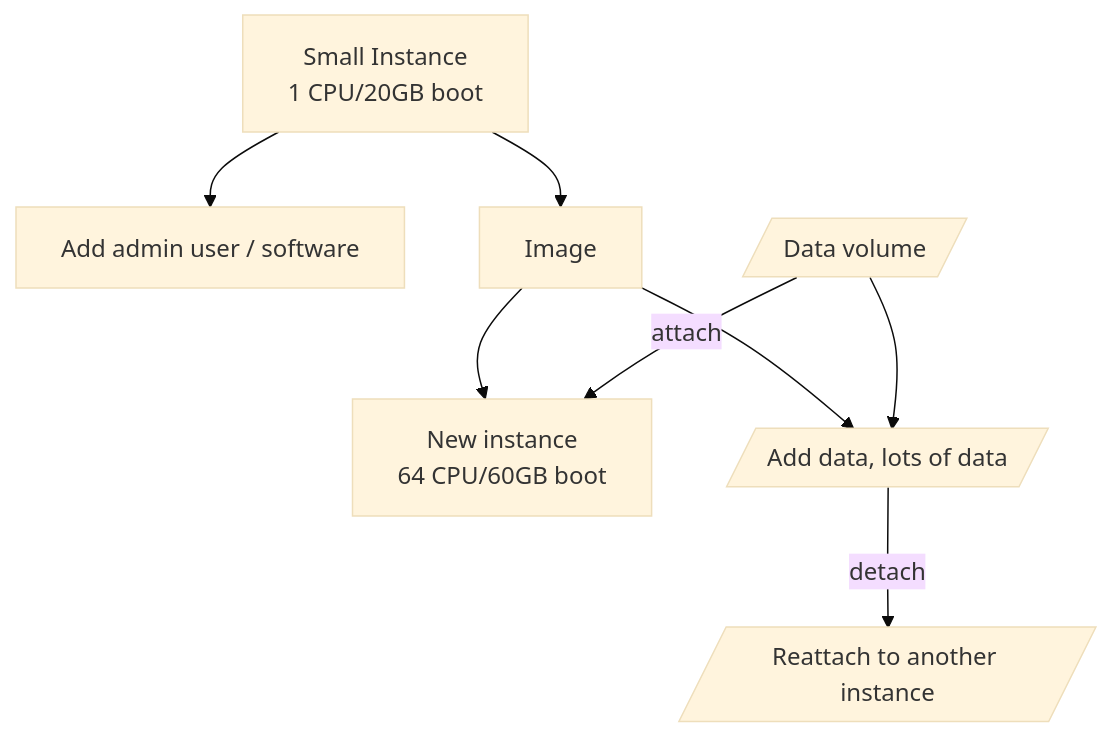
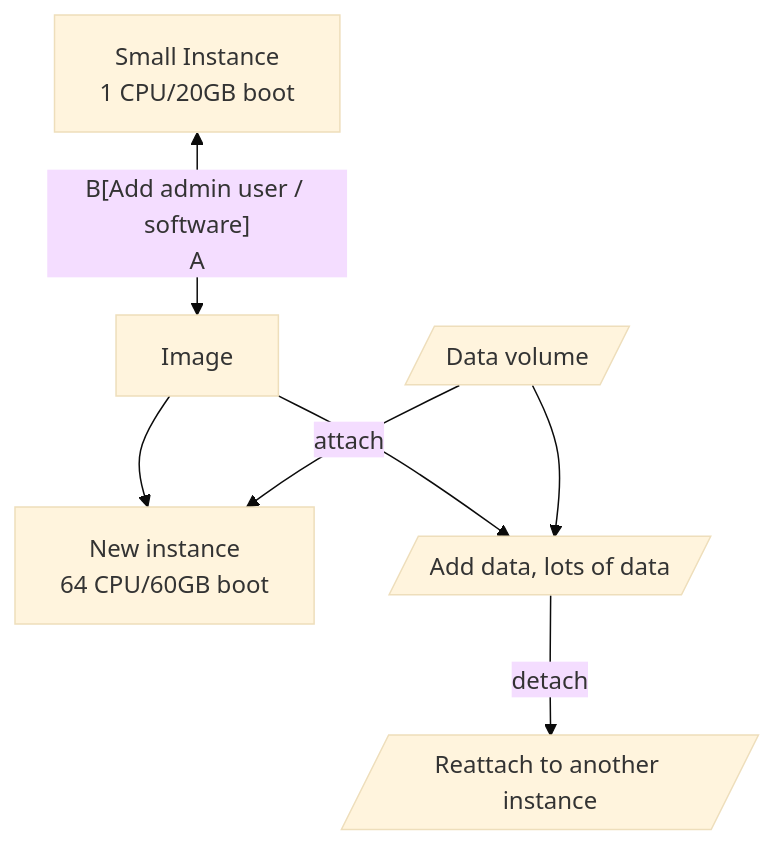
The diagram in getting-started.md (AntibodyEngineers/2024-Antibodies-and-AI), drawn with Mermaid (base theme) before and after one commit.

````diff
--- a/getting-started.md
+++ b/getting-started.md
@@ -7,10 +7,10 @@
 ```mermaid
     graph TD
     
-    A[Small Instance<br/>1 CPU/20GB boot] --> B[Add admin user / software]
+    A[Small Instance<br/>1 CPU/20GB boot] <-- B[Add admin user / software]
     A-->C[Image] --> D[New instance<br/>64 CPU/60GB boot]
     E[/Data volume/]
     E -- attach --> D
     C --> F[Another instance]
     E-->F[/Add data, lots of data/] -- detach --> G[/Reattach to another instance/]
 ```
````
